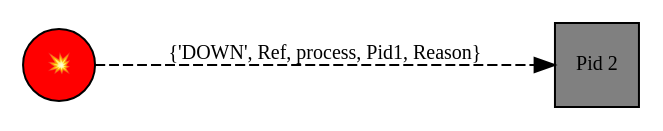
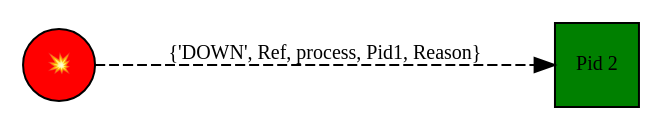
One commit to mtrsk/mtrsk.github.io changed the seventh of 7 diagrams in notes/20241001192402-error_handling_in_erlang.org. Above: the diagram before and after it, drawn with Graphviz. The commit also changed other lines of this file and 11 other files, not shown here.

Commit message:
notes: add graphviz-based images

```diff
--- a/notes/20241001192402-error_handling_in_erlang.org
+++ b/notes/20241001192402-error_handling_in_erlang.org
@@ -242,12 +242,12 @@
 #+BEGIN_SRC dot :file ../static/img/notes/erlang_monitor_error.png :cmdline -Kdot -Tpng :exports results
   digraph Monitor {
       node [shape=circle];
       rankdir="LR";
       sep = 1;
 
       pid1 [label="💥", fontsize="10pt", style=filled, fillcolor=red];
-      pid2 [label="Pid 2", fontsize="10pt", style=filled, fillcolor=grey, shape=square];
+      pid2 [label="Pid 2", fontsize="10pt", style=filled, fillcolor=green, shape=square];
 
       pid1 -> pid2 [label="{'DOWN', Ref, process, Pid1, Reason}", fontsize="10pt", minlen=1, style=dashed];
   }
 #+END_SRC
```
